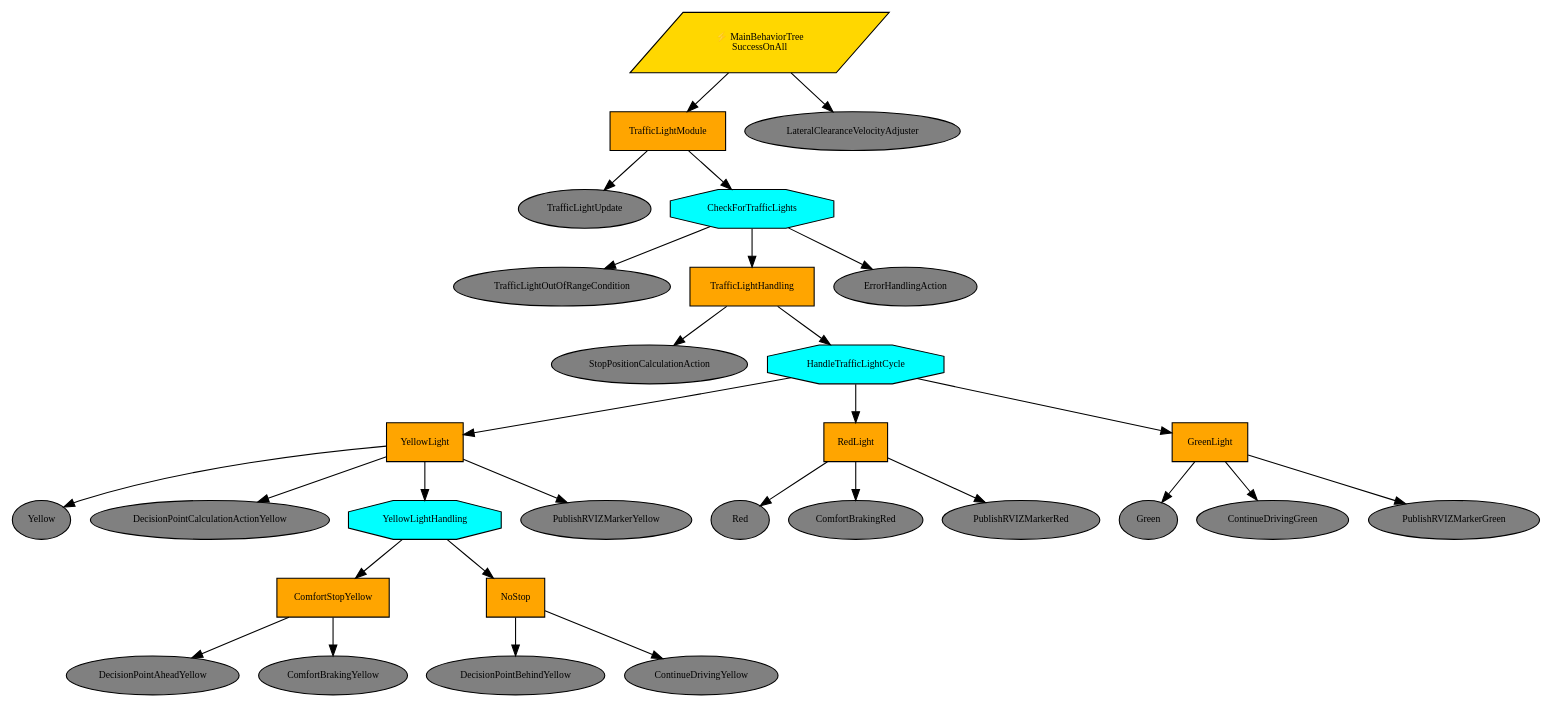
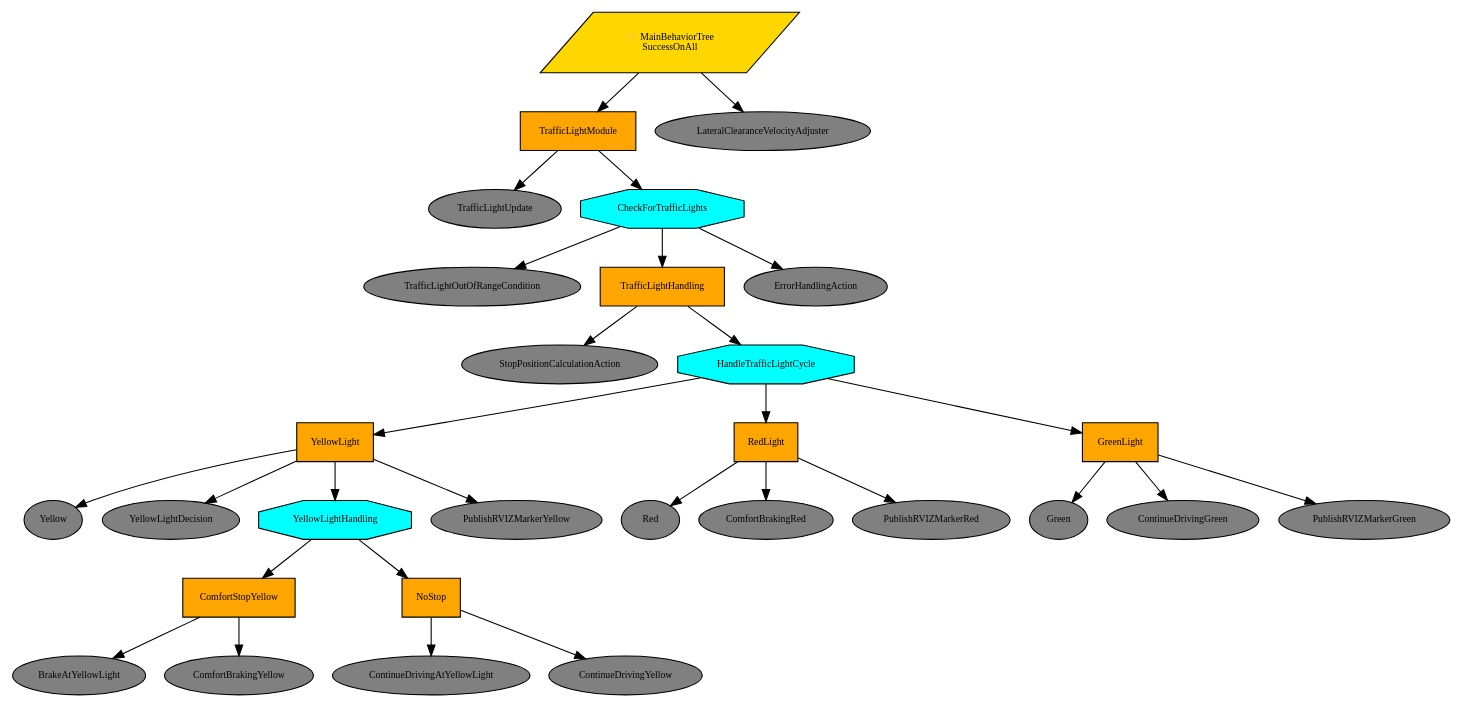
The diagram in src/cr2autoware/cr2autoware/interfaces/implementation/behavior_tree/output/behavior_tree/behavior_tree.dot (CommonRoad/commonroad-autoware-interface), drawn with Graphviz before and after one commit. The commit also changed 10 other files, not shown here.

Commit message:
improve yellow light decision

```diff
--- a/src/cr2autoware/cr2autoware/interfaces/implementation/behavior_tree/output/behavior_tree/behavior_tree.dot
+++ b/src/cr2autoware/cr2autoware/interfaces/implementation/behavior_tree/output/behavior_tree/behavior_tree.dot
@@ -1,63 +1,63 @@
 digraph pastafarianism {
 ordering=out;
 graph [fontname="times-roman"];
 node [fontname="times-roman"];
 edge [fontname="times-roman"];
 MainBehaviorTree [label="⚡ MainBehaviorTree\nSuccessOnAll", shape=parallelogram, style=filled, fillcolor=gold, fontsize=9, fontcolor=black];
 TrafficLightModule [label=TrafficLightModule, shape=box, style=filled, fillcolor=orange, fontsize=9, fontcolor=black];
 MainBehaviorTree -> TrafficLightModule;
 TrafficLightUpdate [label=TrafficLightUpdate, shape=ellipse, style=filled, fillcolor=gray, fontsize=9, fontcolor=black];
 TrafficLightModule -> TrafficLightUpdate;
 CheckForTrafficLights [label=CheckForTrafficLights, shape=octagon, style=filled, fillcolor=cyan, fontsize=9, fontcolor=black];
 TrafficLightModule -> CheckForTrafficLights;
 TrafficLightOutOfRangeCondition [label=TrafficLightOutOfRangeCondition, shape=ellipse, style=filled, fillcolor=gray, fontsize=9, fontcolor=black];
 CheckForTrafficLights -> TrafficLightOutOfRangeCondition;
 TrafficLightHandling [label=TrafficLightHandling, shape=box, style=filled, fillcolor=orange, fontsize=9, fontcolor=black];
 CheckForTrafficLights -> TrafficLightHandling;
 StopPositionCalculationAction [label=StopPositionCalculationAction, shape=ellipse, style=filled, fillcolor=gray, fontsize=9, fontcolor=black];
 TrafficLightHandling -> StopPositionCalculationAction;
 HandleTrafficLightCycle [label=HandleTrafficLightCycle, shape=octagon, style=filled, fillcolor=cyan, fontsize=9, fontcolor=black];
 TrafficLightHandling -> HandleTrafficLightCycle;
 YellowLight [label=YellowLight, shape=box, style=filled, fillcolor=orange, fontsize=9, fontcolor=black];
 HandleTrafficLightCycle -> YellowLight;
 Yellow [label=Yellow, shape=ellipse, style=filled, fillcolor=gray, fontsize=9, fontcolor=black];
 YellowLight -> Yellow;
-DecisionPointCalculationActionYellow [label=DecisionPointCalculationActionYellow, shape=ellipse, style=filled, fillcolor=gray, fontsize=9, fontcolor=black];
-YellowLight -> DecisionPointCalculationActionYellow;
+YellowLightDecision [label=YellowLightDecision, shape=ellipse, style=filled, fillcolor=gray, fontsize=9, fontcolor=black];
+YellowLight -> YellowLightDecision;
 YellowLightHandling [label=YellowLightHandling, shape=octagon, style=filled, fillcolor=cyan, fontsize=9, fontcolor=black];
 YellowLight -> YellowLightHandling;
 ComfortStopYellow [label=ComfortStopYellow, shape=box, style=filled, fillcolor=orange, fontsize=9, fontcolor=black];
 YellowLightHandling -> ComfortStopYellow;
-DecisionPointAheadYellow [label=DecisionPointAheadYellow, shape=ellipse, style=filled, fillcolor=gray, fontsize=9, fontcolor=black];
-ComfortStopYellow -> DecisionPointAheadYellow;
+BrakeAtYellowLight [label=BrakeAtYellowLight, shape=ellipse, style=filled, fillcolor=gray, fontsize=9, fontcolor=black];
+ComfortStopYellow -> BrakeAtYellowLight;
 ComfortBrakingYellow [label=ComfortBrakingYellow, shape=ellipse, style=filled, fillcolor=gray, fontsize=9, fontcolor=black];
 ComfortStopYellow -> ComfortBrakingYellow;
 NoStop [label=NoStop, shape=box, style=filled, fillcolor=orange, fontsize=9, fontcolor=black];
 YellowLightHandling -> NoStop;
-DecisionPointBehindYellow [label=DecisionPointBehindYellow, shape=ellipse, style=filled, fillcolor=gray, fontsize=9, fontcolor=black];
-NoStop -> DecisionPointBehindYellow;
+ContinueDrivingAtYellowLight [label=ContinueDrivingAtYellowLight, shape=ellipse, style=filled, fillcolor=gray, fontsize=9, fontcolor=black];
+NoStop -> ContinueDrivingAtYellowLight;
 ContinueDrivingYellow [label=ContinueDrivingYellow, shape=ellipse, style=filled, fillcolor=gray, fontsize=9, fontcolor=black];
 NoStop -> ContinueDrivingYellow;
 PublishRVIZMarkerYellow [label=PublishRVIZMarkerYellow, shape=ellipse, style=filled, fillcolor=gray, fontsize=9, fontcolor=black];
 YellowLight -> PublishRVIZMarkerYellow;
 RedLight [label=RedLight, shape=box, style=filled, fillcolor=orange, fontsize=9, fontcolor=black];
 HandleTrafficLightCycle -> RedLight;
 Red [label=Red, shape=ellipse, style=filled, fillcolor=gray, fontsize=9, fontcolor=black];
 RedLight -> Red;
 ComfortBrakingRed [label=ComfortBrakingRed, shape=ellipse, style=filled, fillcolor=gray, fontsize=9, fontcolor=black];
 RedLight -> ComfortBrakingRed;
 PublishRVIZMarkerRed [label=PublishRVIZMarkerRed, shape=ellipse, style=filled, fillcolor=gray, fontsize=9, fontcolor=black];
 RedLight -> PublishRVIZMarkerRed;
 GreenLight [label=GreenLight, shape=box, style=filled, fillcolor=orange, fontsize=9, fontcolor=black];
 HandleTrafficLightCycle -> GreenLight;
 Green [label=Green, shape=ellipse, style=filled, fillcolor=gray, fontsize=9, fontcolor=black];
 GreenLight -> Green;
 ContinueDrivingGreen [label=ContinueDrivingGreen, shape=ellipse, style=filled, fillcolor=gray, fontsize=9, fontcolor=black];
 GreenLight -> ContinueDrivingGreen;
 PublishRVIZMarkerGreen [label=PublishRVIZMarkerGreen, shape=ellipse, style=filled, fillcolor=gray, fontsize=9, fontcolor=black];
 GreenLight -> PublishRVIZMarkerGreen;
 ErrorHandlingAction [label=ErrorHandlingAction, shape=ellipse, style=filled, fillcolor=gray, fontsize=9, fontcolor=black];
 CheckForTrafficLights -> ErrorHandlingAction;
 LateralClearanceVelocityAdjuster [label=LateralClearanceVelocityAdjuster, shape=ellipse, style=filled, fillcolor=gray, fontsize=9, fontcolor=black];
 MainBehaviorTree -> LateralClearanceVelocityAdjuster;
 }
```
